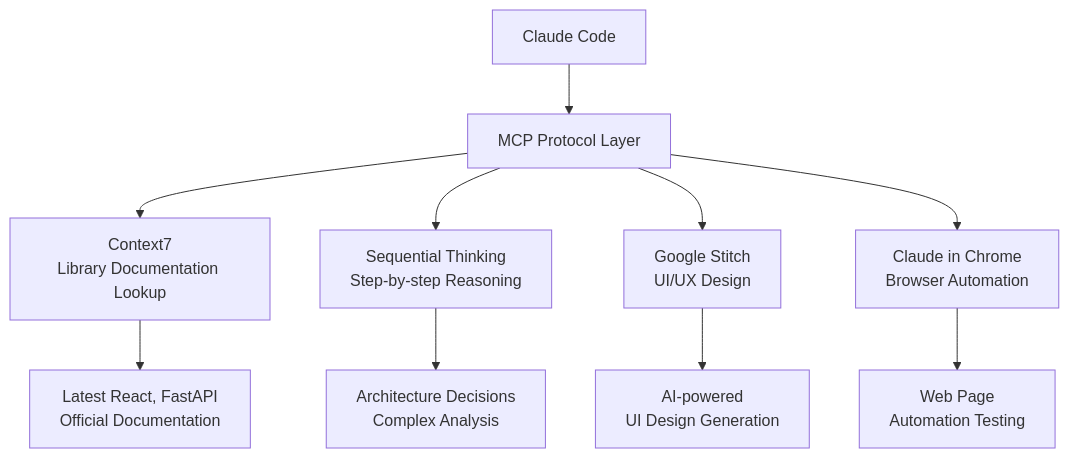
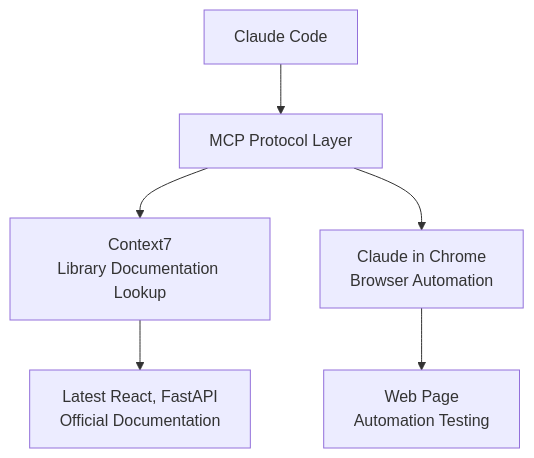
Before and after one commit to modu-ai/moai-adk: the diagram in docs-site/content/en/advanced/mcp-servers.md, drawn with Mermaid. The commit also changed other lines of this file and 153 other files, not shown here.

````diff
--- a/docs-site/content/en/advanced/mcp-servers.md
+++ b/docs-site/content/en/advanced/mcp-servers.md
@@ -19,14 +19,10 @@
 ```mermaid
 flowchart TD
     CC["Claude Code"] --> MCP_LAYER["MCP Protocol Layer"]
 
     MCP_LAYER --> C7["Context7<br>Library Documentation Lookup"]
-    MCP_LAYER --> ST["Sequential Thinking<br>Step-by-step Reasoning"]
-    MCP_LAYER --> STITCH["Google Stitch<br>UI/UX Design"]
-    MCP_LAYER --> CHROME["Claude in Chrome<br>Browser Automation"]
+    MCP_LAYER --> STITCH["Claude in Chrome<br>Browser Automation"]
 
     C7 --> C7_OUT["Latest React, FastAPI<br>Official Documentation"]
-    ST --> ST_OUT["Architecture Decisions<br>Complex Analysis"]
-    STITCH --> STITCH_OUT["AI-powered<br>UI Design Generation"]
-    CHROME --> CHROME_OUT["Web Page<br>Automation Testing"]
+    STITCH --> STITCH_OUT["Web Page<br>Automation Testing"]
 ```
````
